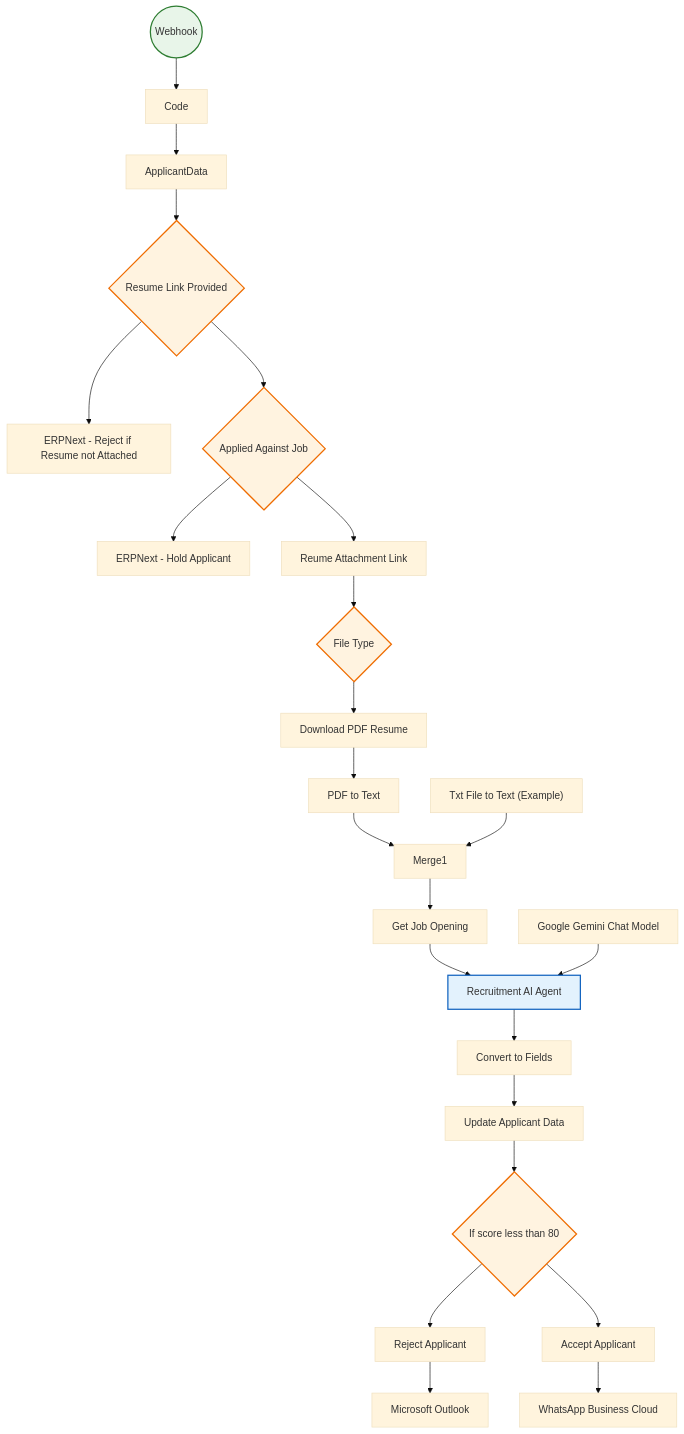
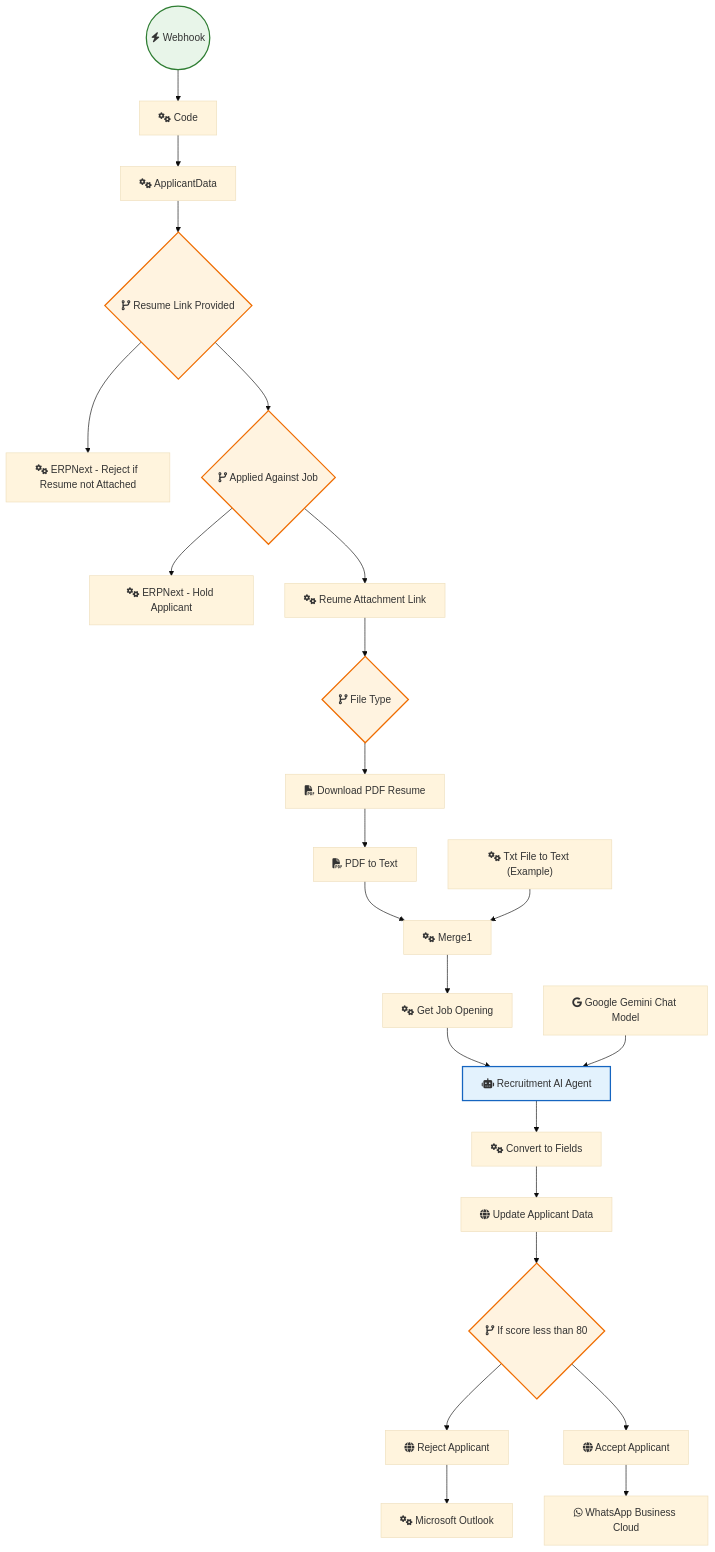
The diagram in OpenAI_and_LLMs/AI-Powered Candidate Shortlisting Automation for ERPNext.md (sreyash3105/N8N-DEMO-AUTOMATIONS), drawn with Mermaid (base theme) before and after one commit. The commit also changed 291 other files, not shown here.

````diff
--- a/OpenAI_and_LLMs/AI-Powered Candidate Shortlisting Automation for ERPNext.md
+++ b/OpenAI_and_LLMs/AI-Powered Candidate Shortlisting Automation for ERPNext.md
@@ -1,53 +1,53 @@
 ```mermaid
 graph TD
     classDef trigger fill:#e8f5e9,stroke:#2e7d32,stroke-width:2px;
     classDef ai fill:#e3f2fd,stroke:#1565c0,stroke-width:2px;
     classDef logic fill:#fff3e0,stroke:#ef6c00,stroke-width:2px;
 
-    Code["Code"]
-    ApplicantData["ApplicantData"]
-    ERPNext___Reject_if_Resume_not_Attached["ERPNext - Reject if Resume not Attached"]
-    Applied_Against_Job{"Applied Against Job"}:::logic
-    ERPNext___Hold_Applicant["ERPNext - Hold Applicant"]
-    Get_Job_Opening["Get Job Opening"]
-    Google_Gemini_Chat_Model["Google Gemini Chat Model"]
-    Convert_to_Fields["Convert to Fields"]
-    If_score_less_than_80{"If score less than 80"}:::logic
-    Reject_Applicant["Reject Applicant"]
-    Update_Applicant_Data["Update Applicant Data"]
-    Reume_Attachment_Link["Reume Attachment Link"]
-    Resume_Link_Provided{"Resume Link Provided"}:::logic
-    Accept_Applicant["Accept Applicant"]
-    Webhook(("Webhook")):::trigger
-    File_Type{"File Type"}:::logic
-    Download_PDF_Resume["Download PDF Resume"]
-    PDF_to_Text["PDF to Text"]
-    Txt_File_to_Text__Example_["Txt File to Text (Example)"]
-    Merge1["Merge1"]
-    Recruitment_AI_Agent["Recruitment AI Agent"]:::ai
-    Microsoft_Outlook["Microsoft Outlook"]
-    WhatsApp_Business_Cloud["WhatsApp Business Cloud"]
+    Code["fas:fa-cogs Code"]
+    ApplicantData["fas:fa-cogs ApplicantData"]
+    ERPNext___Reject_if_Resume_not_Attached["fas:fa-cogs ERPNext - Reject if Resume not Attached"]
+    Applied_Against_Job{"fas:fa-code-branch Applied Against Job"}:::logic
+    ERPNext___Hold_Applicant["fas:fa-cogs ERPNext - Hold Applicant"]
+    Get_Job_Opening["fas:fa-cogs Get Job Opening"]
+    Google_Gemini_Chat_Model["fab:fa-google Google Gemini Chat Model"]
+    Convert_to_Fields["fas:fa-cogs Convert to Fields"]
+    If_score_less_than_80{"fas:fa-code-branch If score less than 80"}:::logic
+    Reject_Applicant["fas:fa-globe Reject Applicant"]
+    Update_Applicant_Data["fas:fa-globe Update Applicant Data"]
+    Reume_Attachment_Link["fas:fa-cogs Reume Attachment Link"]
+    Resume_Link_Provided{"fas:fa-code-branch Resume Link Provided"}:::logic
+    Accept_Applicant["fas:fa-globe Accept Applicant"]
+    Webhook(("fas:fa-bolt Webhook")):::trigger
+    File_Type{"fas:fa-code-branch File Type"}:::logic
+    Download_PDF_Resume["fas:fa-file-pdf Download PDF Resume"]
+    PDF_to_Text["fas:fa-file-pdf PDF to Text"]
+    Txt_File_to_Text__Example_["fas:fa-cogs Txt File to Text (Example)"]
+    Merge1["fas:fa-cogs Merge1"]
+    Recruitment_AI_Agent["fas:fa-robot Recruitment AI Agent"]:::ai
+    Microsoft_Outlook["fas:fa-cogs Microsoft Outlook"]
+    WhatsApp_Business_Cloud["fab:fa-whatsapp WhatsApp Business Cloud"]
 
     Code --> ApplicantData
     Merge1 --> Get_Job_Opening
     Webhook --> Code
     File_Type --> Download_PDF_Resume
     PDF_to_Text --> Merge1
     ApplicantData --> Resume_Link_Provided
     Get_Job_Opening --> Recruitment_AI_Agent
     Accept_Applicant --> WhatsApp_Business_Cloud
     Reject_Applicant --> Microsoft_Outlook
     Convert_to_Fields --> Update_Applicant_Data
     Applied_Against_Job --> Reume_Attachment_Link
     Applied_Against_Job --> ERPNext___Hold_Applicant
     Download_PDF_Resume --> PDF_to_Text
     Recruitment_AI_Agent --> Convert_to_Fields
     Resume_Link_Provided --> Applied_Against_Job
     Resume_Link_Provided --> ERPNext___Reject_if_Resume_not_Attached
     If_score_less_than_80 --> Reject_Applicant
     If_score_less_than_80 --> Accept_Applicant
     Reume_Attachment_Link --> File_Type
     Update_Applicant_Data --> If_score_less_than_80
     Google_Gemini_Chat_Model --> Recruitment_AI_Agent
     Txt_File_to_Text__Example_ --> Merge1
 ```
````
